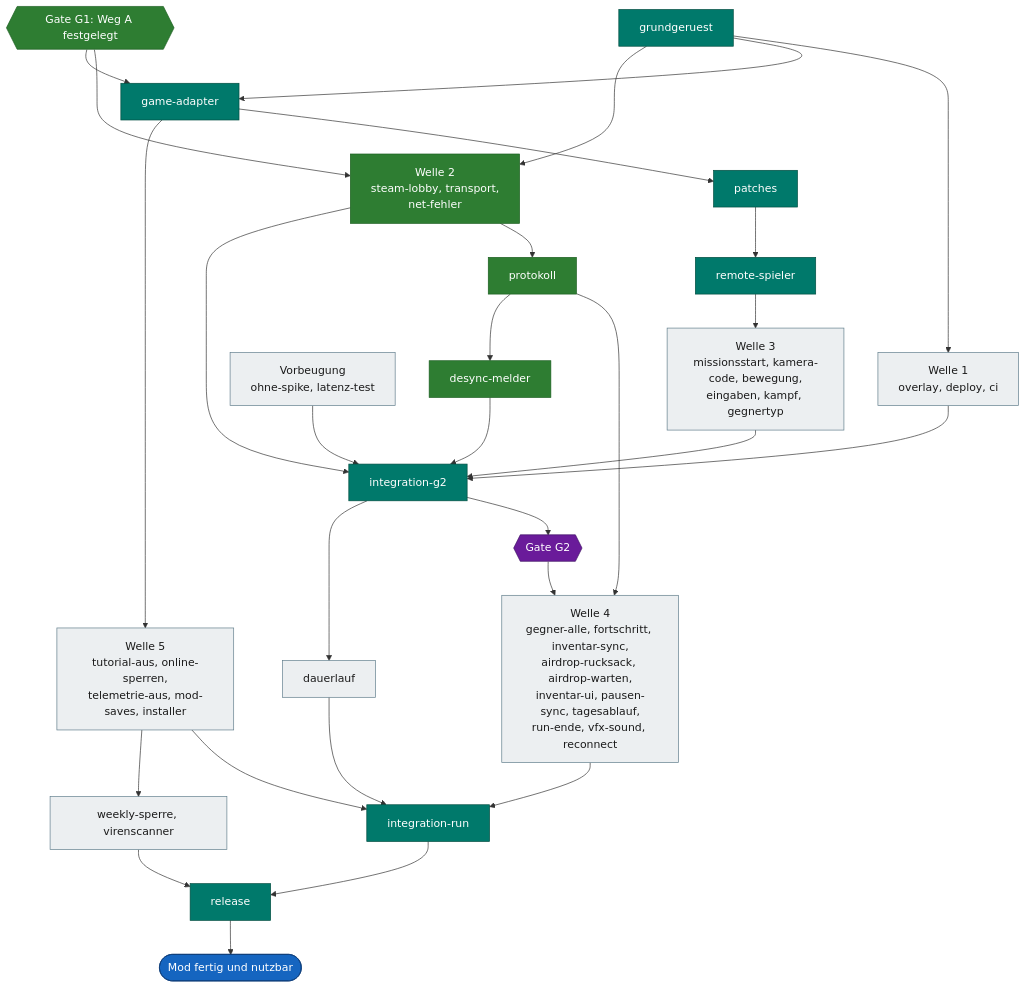
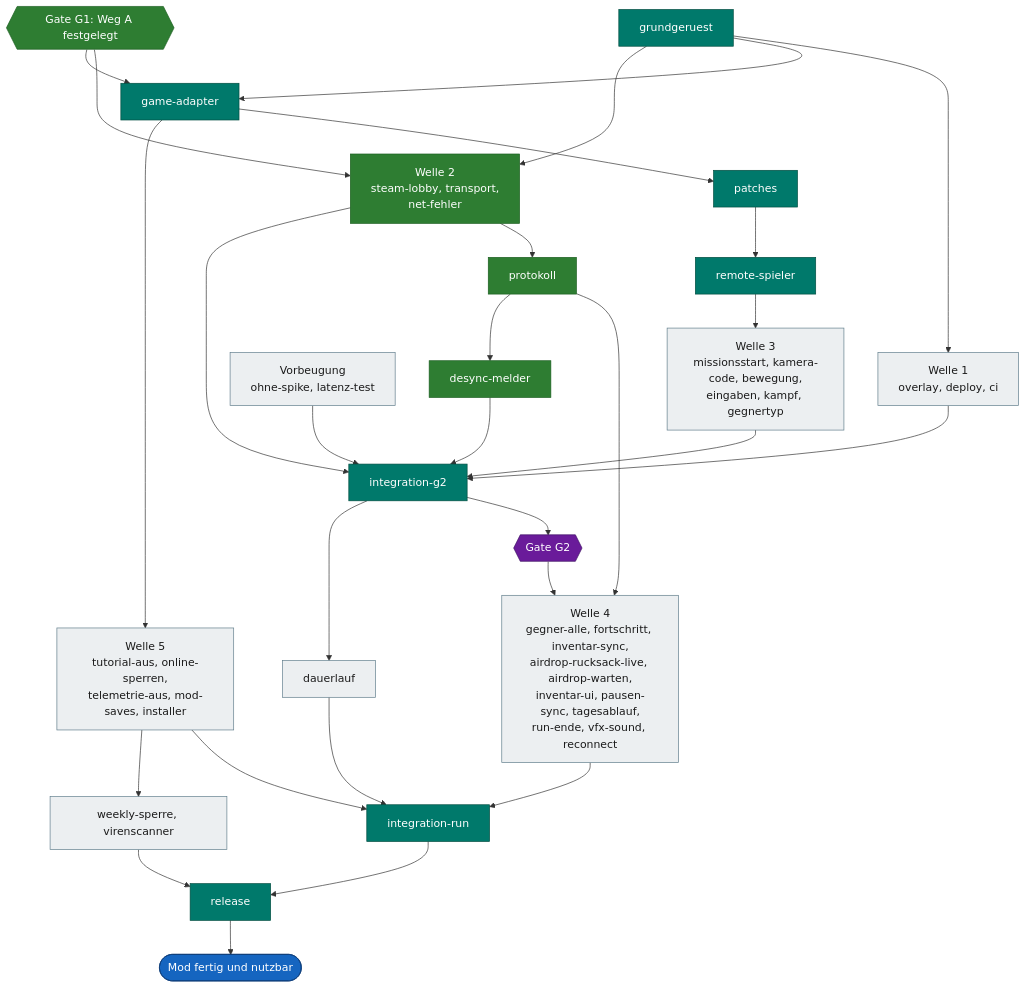
Before and after one commit to VitaminStack/Deadly-Days-Roadtrip-Multiplayer-Mod: the fourth of 4 diagrams in docs/ROADMAP.md, drawn with Mermaid. The commit also changed other lines of this file and 11 other files, not shown here.

First line of the commit message:
airdrop-rucksack: Wahl erreicht den Host, keine Auto-Bestätigung beim Drag (Teilstand) (#112)

````diff
--- a/docs/ROADMAP.md
+++ b/docs/ROADMAP.md
@@ -275,32 +276,32 @@
 ```mermaid
 flowchart TD
     GR["grundgeruest"]:::central --> W1["Welle 1<br/>overlay, deploy, ci"]:::open
     GR --> GA["game-adapter"]:::central
     G1{{"Gate G1: Weg A festgelegt"}}:::done --> W2["Welle 2<br/>steam-lobby, transport,<br/>net-fehler"]:::done
     GR --> W2
     G1 --> GA
     GA --> PT["patches"]:::central --> RS["remote-spieler"]:::central
     GA --> W5["Welle 5<br/>tutorial-aus, online-sperren,<br/>telemetrie-aus, mod-saves, installer"]:::open
     RS --> W3["Welle 3<br/>missionsstart, kamera-code, bewegung,<br/>eingaben, kampf, gegnertyp"]:::open
     W1 --> IG["integration-g2"]:::central
     W2 --> PR["protokoll"]:::done
     W2 --> IG
     W3 --> IG
     IG --> G2{{"Gate G2"}}:::gate
-    PR --> W4["Welle 4<br/>gegner-alle, fortschritt, inventar-sync,<br/>airdrop-rucksack, airdrop-warten,<br/>inventar-ui, pausen-sync, tagesablauf,<br/>run-ende, vfx-sound, reconnect"]:::open
+    PR --> W4["Welle 4<br/>gegner-alle, fortschritt, inventar-sync,<br/>airdrop-rucksack-live, airdrop-warten,<br/>inventar-ui, pausen-sync, tagesablauf,<br/>run-ende, vfx-sound, reconnect"]:::open
     G2 --> W4
     W4 --> IR["integration-run"]:::central
     W5 --> IR
     RV["Vorbeugung<br/>ohne-spike, latenz-test"]:::open --> IG
     PR --> DS["desync-melder"]:::done --> IG
     IG --> DL["dauerlauf"]:::open --> IR
     W5 --> W6["weekly-sperre, virenscanner"]:::open --> RL
     IR --> RL["release"]:::central
     RL --> Z(["Mod fertig und nutzbar"]):::goal
 
     classDef done fill:#2e7d32,stroke:#1b5e20,color:#ffffff
     classDef central fill:#00796b,stroke:#004d40,color:#ffffff
     classDef open fill:#eceff1,stroke:#607d8b,color:#1a1a1a
     classDef gate fill:#6a1b9a,stroke:#3e1163,color:#ffffff
     classDef goal fill:#1565c0,stroke:#0d3c78,color:#ffffff
 ```
````
